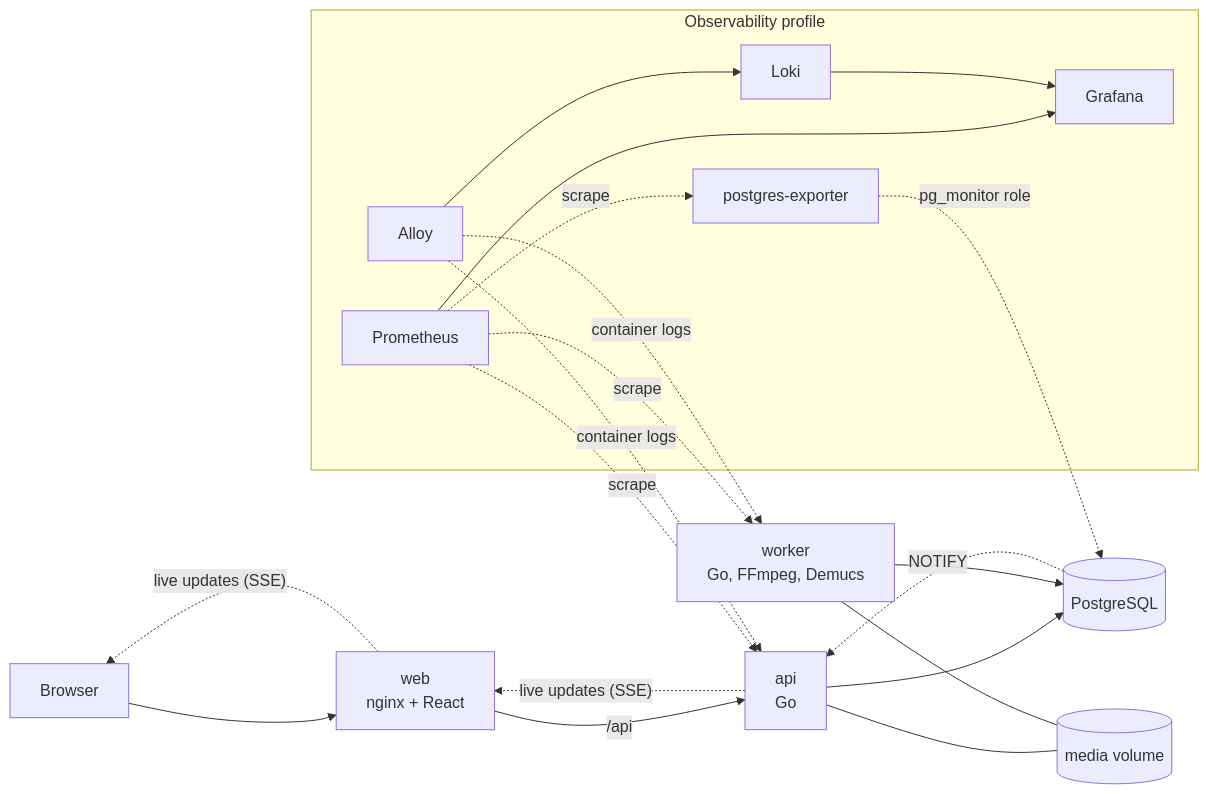
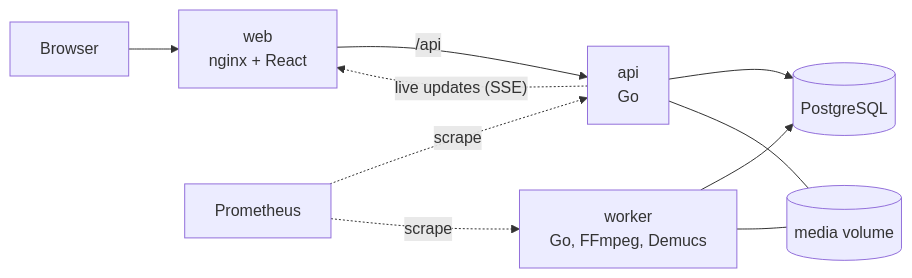
One commit to kericchhh/aux-battles changed the diagram in README.md. Above: the diagram before and after it, drawn with Mermaid. The commit also changed other lines of this file and 9 other files, not shown here.

````diff
--- a/README.md
+++ b/README.md
@@ -48,25 +33,12 @@
 ```mermaid
 flowchart LR
     browser[Browser] --> web["web<br/>nginx + React"]
     web -- "/api" --> api["api<br/>Go"]
     api --> db[(PostgreSQL)]
     worker["worker<br/>Go, FFmpeg, Demucs"] --> db
     api --- media[(media volume)]
     worker --- media
-    db -. "NOTIFY" .-> api
     api -. "live updates (SSE)" .-> web
-    web -. "live updates (SSE)" .-> browser
-
-    subgraph observability [Observability profile]
-        prometheus[Prometheus] --> grafana[Grafana]
-        loki[Loki] --> grafana
-        alloy[Alloy] --> loki
-        exporter[postgres-exporter]
-    end
-    prometheus -. scrape .-> exporter
-    exporter -. "pg_monitor role" .-> db
-    prometheus -. scrape .-> api
+    prometheus[Prometheus] -. scrape .-> api
     prometheus -. scrape .-> worker
-    alloy -. "container logs" .-> api
-    alloy -. "container logs" .-> worker
 ```
````
